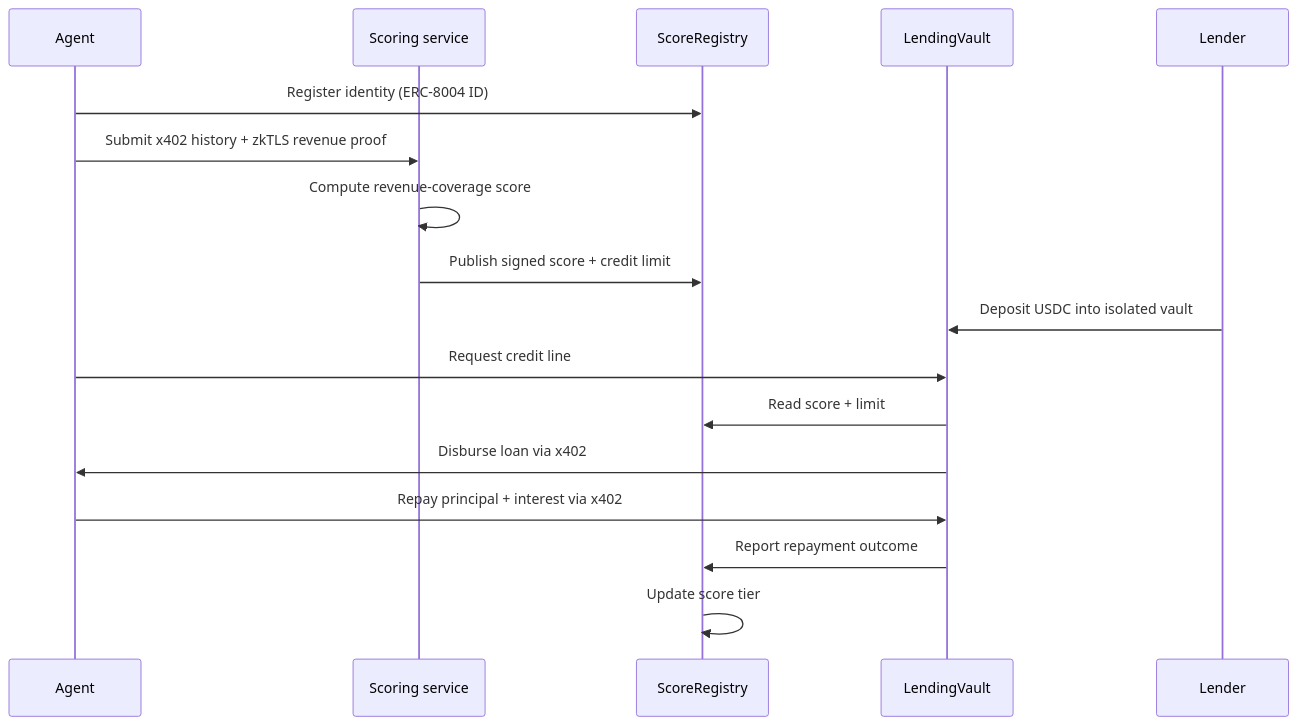
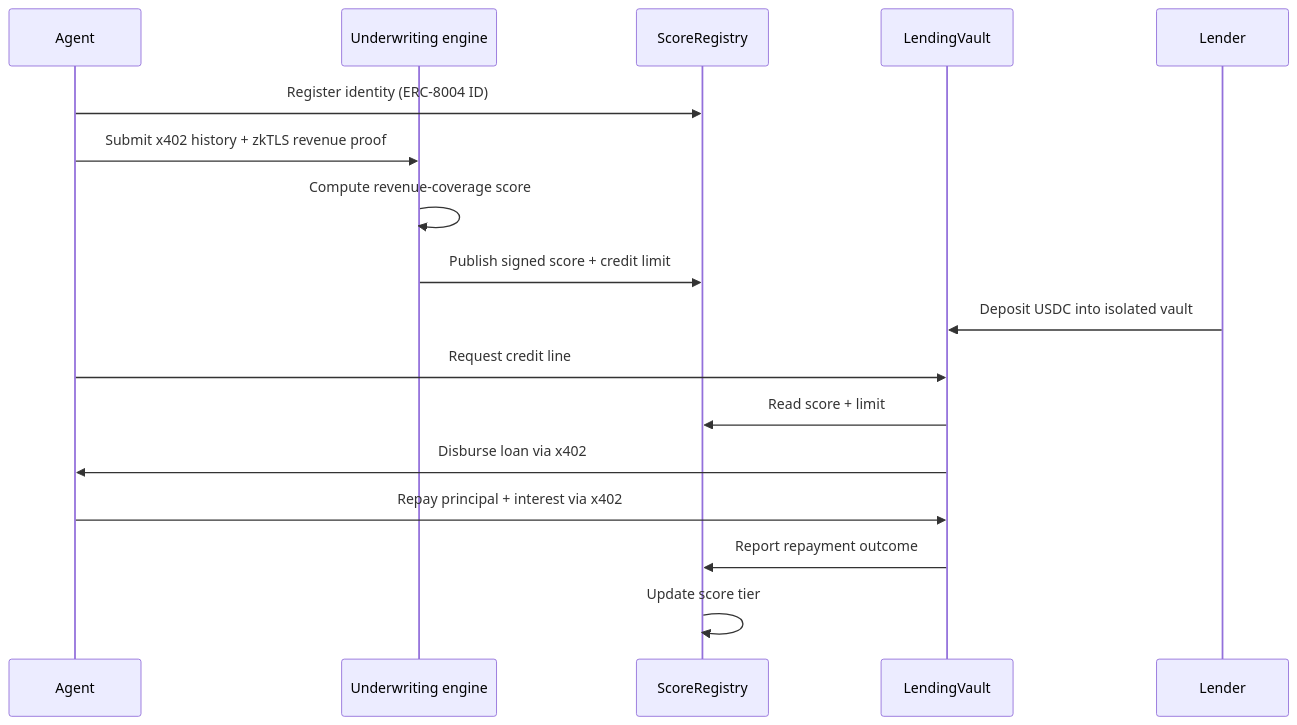
The second of 2 diagrams in README.md (CodeBlocker52/TrustLine), drawn with Mermaid before and after one commit. The commit also changed other lines of this file, not shown here.

````diff
--- a/README.md
+++ b/README.md
@@ -124,20 +128,20 @@
 ```mermaid
 sequenceDiagram
     participant Agent
-    participant Oracle as Scoring service
+    participant Oracle as Underwriting engine
     participant Registry as ScoreRegistry
     participant Vault as LendingVault
     participant Lender
 
     Agent->>Registry: Register identity (ERC-8004 ID)
     Agent->>Oracle: Submit x402 history + zkTLS revenue proof
     Oracle->>Oracle: Compute revenue-coverage score
     Oracle->>Registry: Publish signed score + credit limit
     Lender->>Vault: Deposit USDC into isolated vault
     Agent->>Vault: Request credit line
     Vault->>Registry: Read score + limit
     Vault->>Agent: Disburse loan via x402
     Agent->>Vault: Repay principal + interest via x402
     Vault->>Registry: Report repayment outcome
     Registry->>Registry: Update score tier
 ```
````
